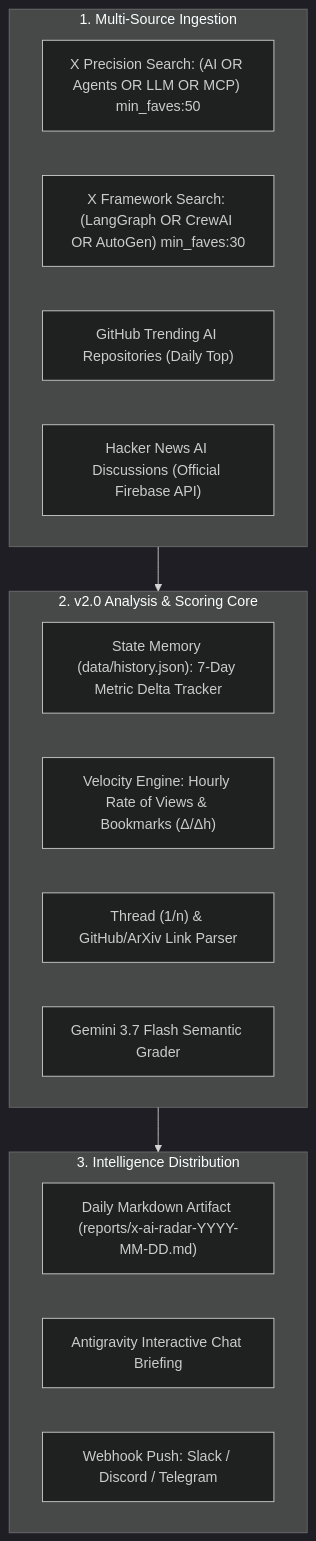
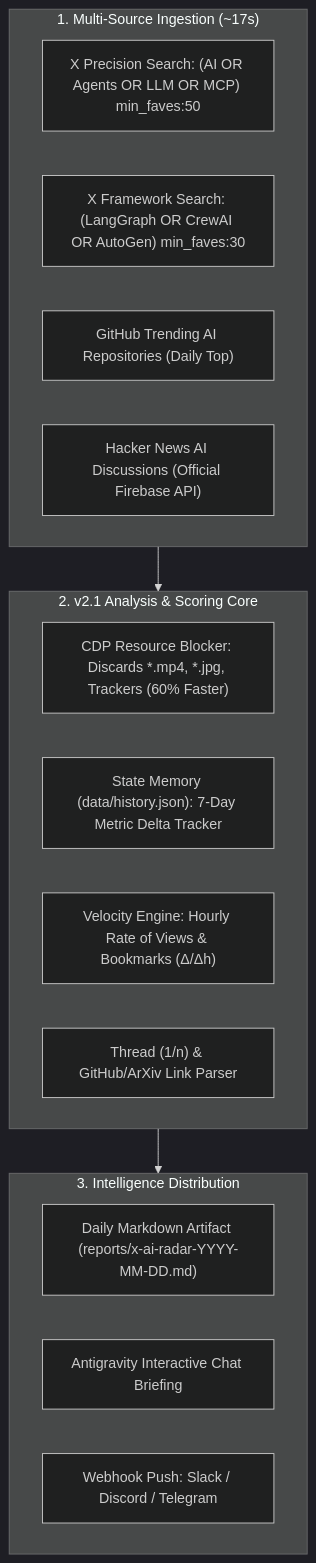
Before and after one commit to nanbada/X-AI-Radar: the diagram in README.md, drawn with Mermaid (dark theme). The commit also changed other lines of this file and 3 other files, not shown here.

Commit message:
docs: sync AGENTS.md, SKILL.md, and bilingual READMEs with v2.1 high-speed architecture

````diff
--- a/README.md
+++ b/README.md
@@ -33,25 +48,25 @@
 ```mermaid
 flowchart TD
-    subgraph DataSources ["1. Multi-Source Ingestion"]
+    subgraph DataSources ["1. Multi-Source Ingestion (~17s)"]
         A1["X Precision Search: (AI OR Agents OR LLM OR MCP) min_faves:50"]
         A2["X Framework Search: (LangGraph OR CrewAI OR AutoGen) min_faves:30"]
         A3["GitHub Trending AI Repositories (Daily Top)"]
         A4["Hacker News AI Discussions (Official Firebase API)"]
     end
 
-    subgraph CoreEngine ["2. v2.0 Analysis & Scoring Core"]
-        B1["State Memory (data/history.json): 7-Day Metric Delta Tracker"]
-        B2["Velocity Engine: Hourly Rate of Views & Bookmarks (Δ/Δh)"]
-        B3["Thread (1/n) & GitHub/ArXiv Link Parser"]
-        B4["Gemini 3.7 Flash Semantic Grader"]
+    subgraph CoreEngine ["2. v2.1 Analysis & Scoring Core"]
+        B1["CDP Resource Blocker: Discards *.mp4, *.jpg, Trackers (60% Faster)"]
+        B2["State Memory (data/history.json): 7-Day Metric Delta Tracker"]
+        B3["Velocity Engine: Hourly Rate of Views & Bookmarks (Δ/Δh)"]
+        B4["Thread (1/n) & GitHub/ArXiv Link Parser"]
     end
 
     subgraph OutputHub ["3. Intelligence Distribution"]
         C1["Daily Markdown Artifact (reports/x-ai-radar-YYYY-MM-DD.md)"]
         C2["Antigravity Interactive Chat Briefing"]
         C3["Webhook Push: Slack / Discord / Telegram"]
     end
 
     DataSources --> CoreEngine
     CoreEngine --> OutputHub
 ```
````
